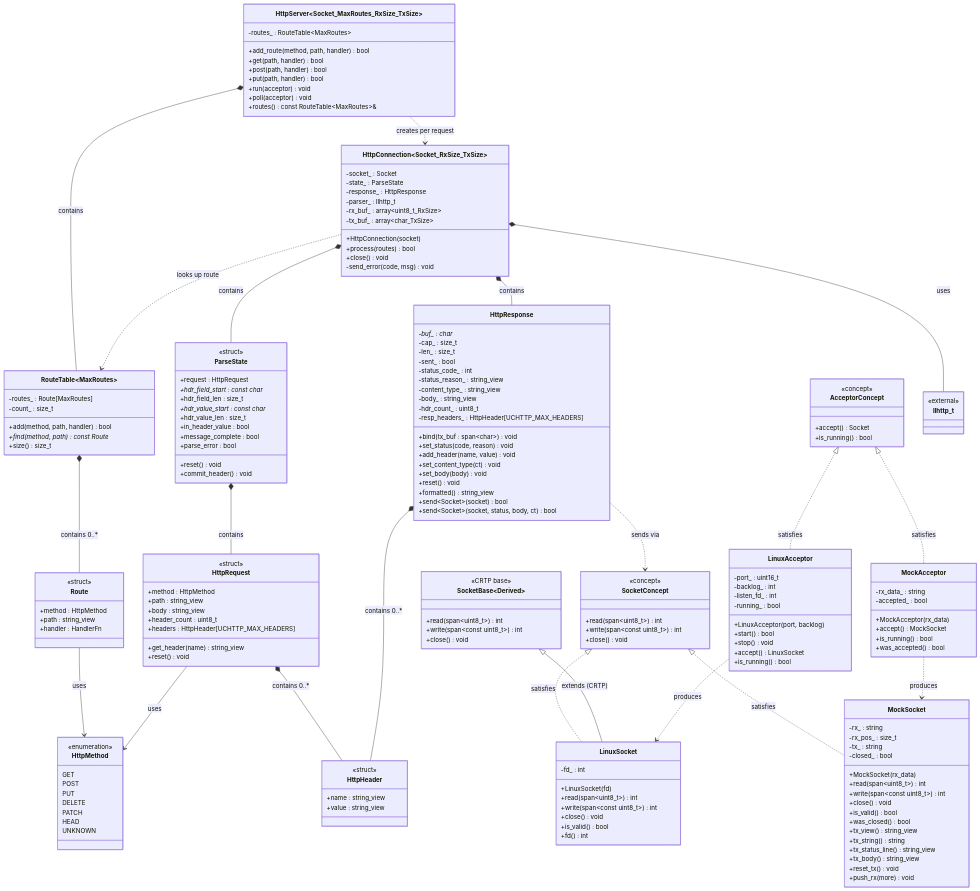
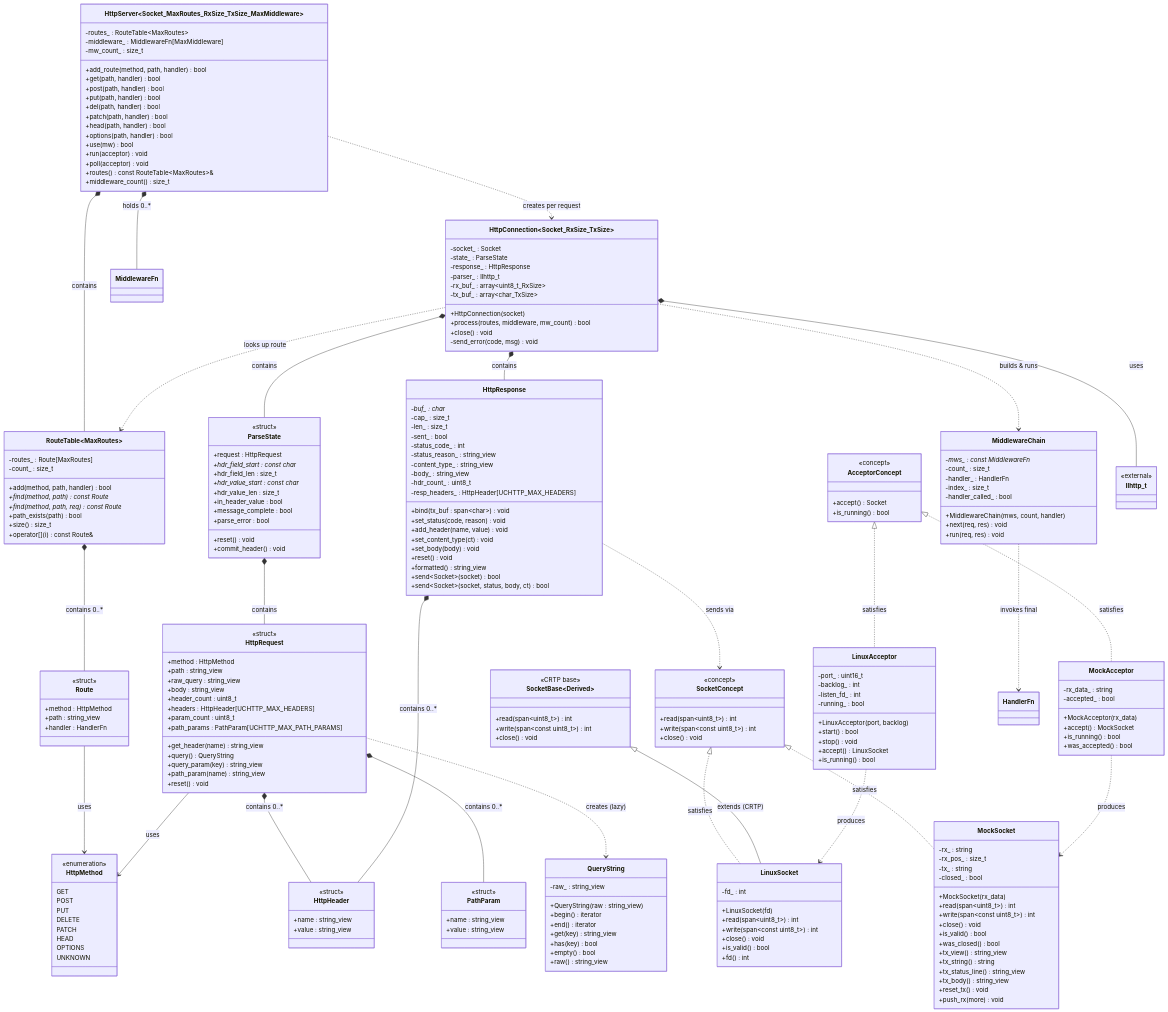
Before and after one commit to cmanista/uchttp: the diagram in class_diagram.md, drawn with Mermaid. The commit also changed other lines of this file, not shown here.

Commit message:
update class diagram

```diff
--- a/class_diagram.md
+++ b/class_diagram.md
@@ -42,6 +42,7 @@
         DELETE
         PATCH
         HEAD
+        OPTIONS
         UNKNOWN
     }
 
@@ -51,14 +52,37 @@
         +value : string_view
     }
 
+    class PathParam {
+        <<struct>>
+        +name : string_view
+        +value : string_view
+    }
+
+    class QueryString {
+        +QueryString(raw : string_view)
+        +begin() iterator
+        +end() iterator
+        +get(key) string_view
+        +has(key) bool
+        +empty() bool
+        +raw() string_view
+        -raw_ : string_view
+    }
+
     class HttpRequest {
         <<struct>>
         +method : HttpMethod
         +path : string_view
+        +raw_query : string_view
         +body : string_view
         +header_count : uint8_t
         +headers : HttpHeader[UCHTTP_MAX_HEADERS]
+        +param_count : uint8_t
+        +path_params : PathParam[UCHTTP_MAX_PATH_PARAMS]
         +get_header(name) string_view
+        +query() QueryString
+        +query_param(key) string_view
+        +path_param(name) string_view
         +reset() void
     }
 
@@ -91,10 +115,24 @@
         +handler : HandlerFn
     }
 
+    class MiddlewareChain {
+        +MiddlewareChain(mws, count, handler)
+        +next(req, res) void
+        +run(req, res) void
+        -mws_ : const MiddlewareFn*
+        -count_ : size_t
+        -handler_ : HandlerFn
+        -index_ : size_t
+        -handler_called_ : bool
+    }
+
     class RouteTable~MaxRoutes~ {
         +add(method, path, handler) bool
         +find(method, path) const Route*
+        +find(method, path, req) const Route*
+        +path_exists(path) bool
         +size() size_t
+        +operator[](i) const Route&
         -routes_ : Route[MaxRoutes]
         -count_ : size_t
     }
@@ -115,7 +153,7 @@
 
     class HttpConnection~Socket_RxSize_TxSize~ {
         +HttpConnection(socket)
-        +process(routes) bool
+        +process(routes, middleware, mw_count) bool
         +close() void
         -socket_ : Socket
         -state_ : ParseState
@@ -126,15 +164,23 @@
         -send_error(code, msg) void
     }
 
-    class HttpServer~Socket_MaxRoutes_RxSize_TxSize~ {
+    class HttpServer~Socket_MaxRoutes_RxSize_TxSize_MaxMiddleware~ {
         +add_route(method, path, handler) bool
         +get(path, handler) bool
         +post(path, handler) bool
         +put(path, handler) bool
+        +del(path, handler) bool
+        +patch(path, handler) bool
+        +head(path, handler) bool
+        +options(path, handler) bool
+        +use(mw) bool
         +run(acceptor) void
         +poll(acceptor) void
         +routes() const RouteTable~MaxRoutes~&
+        +middleware_count() size_t
         -routes_ : RouteTable~MaxRoutes~
+        -middleware_ : MiddlewareFn[MaxMiddleware]
+        -mw_count_ : size_t
     }
 
     %% -----------------------------------------------------------------------
@@ -217,20 +263,25 @@
     SocketBase~Derived~ <|-- LinuxSocket : extends (CRTP)
 
     %% Composition / aggregation
-    HttpServer~Socket_MaxRoutes_RxSize_TxSize~ *-- RouteTable~MaxRoutes~ : contains
+    HttpServer~Socket_MaxRoutes_RxSize_TxSize_MaxMiddleware~ *-- RouteTable~MaxRoutes~ : contains
+    HttpServer~Socket_MaxRoutes_RxSize_TxSize_MaxMiddleware~ *-- MiddlewareFn : holds 0..*
     HttpConnection~Socket_RxSize_TxSize~ *-- ParseState  : contains
     HttpConnection~Socket_RxSize_TxSize~ *-- HttpResponse : contains
     HttpConnection~Socket_RxSize_TxSize~ *-- llhttp_t     : uses
     ParseState *-- HttpRequest : contains
     HttpRequest *-- HttpHeader : contains 0..*
+    HttpRequest *-- PathParam : contains 0..*
+    HttpRequest ..> QueryString : creates (lazy)
     HttpResponse *-- HttpHeader : contains 0..*
     RouteTable~MaxRoutes~ *-- Route : contains 0..*
     Route --> HttpMethod : uses
     HttpRequest --> HttpMethod : uses
 
     %% Usage relationships
-    HttpServer~Socket_MaxRoutes_RxSize_TxSize~ ..> HttpConnection~Socket_RxSize_TxSize~ : creates per request
+    HttpServer~Socket_MaxRoutes_RxSize_TxSize_MaxMiddleware~ ..> HttpConnection~Socket_RxSize_TxSize~ : creates per request
     HttpConnection~Socket_RxSize_TxSize~ ..> RouteTable~MaxRoutes~ : looks up route
+    HttpConnection~Socket_RxSize_TxSize~ ..> MiddlewareChain : builds & runs
+    MiddlewareChain ..> HandlerFn : invokes final
     HttpResponse ..> SocketConcept : sends via
     LinuxAcceptor ..> LinuxSocket : produces
     MockAcceptor  ..> MockSocket  : produces
```
